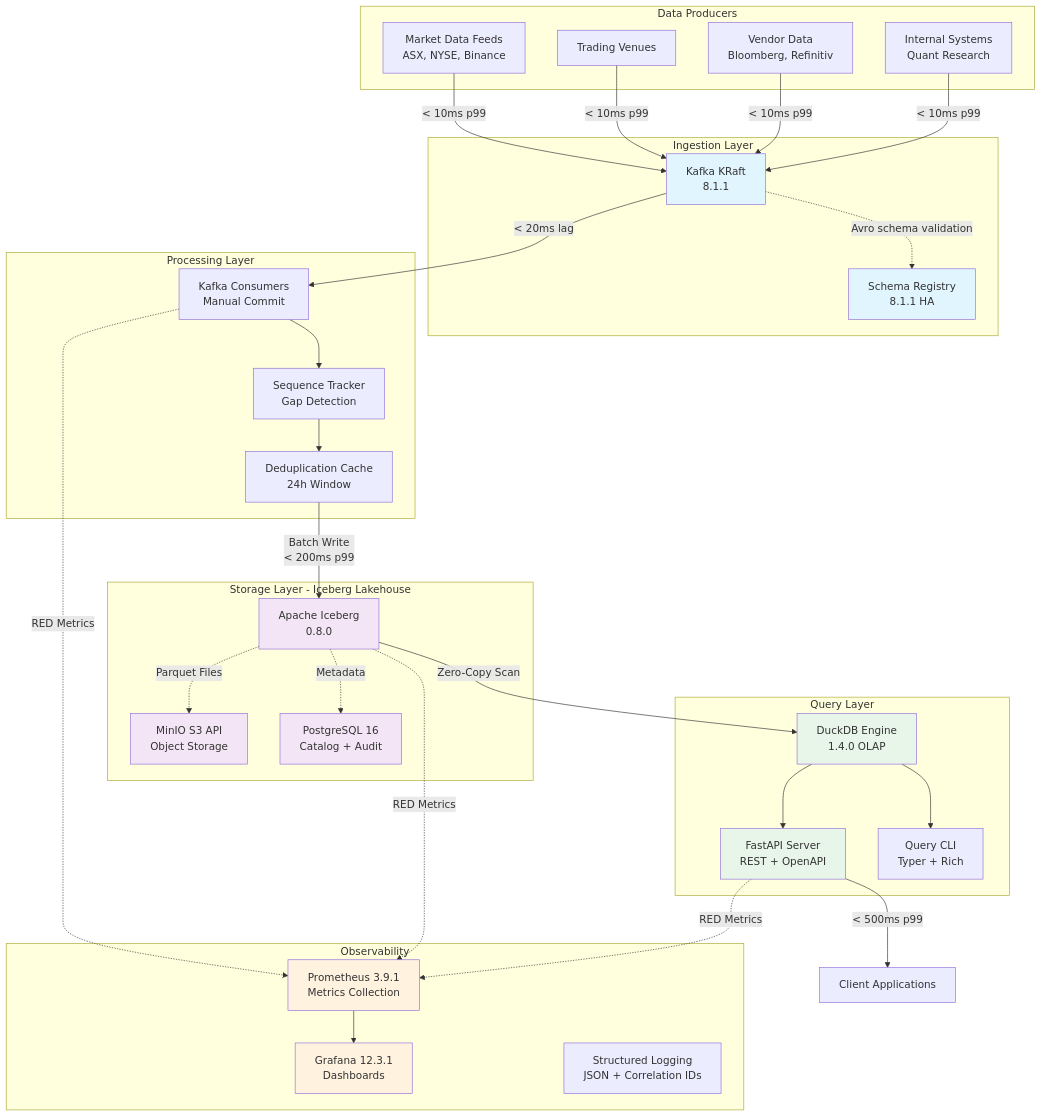
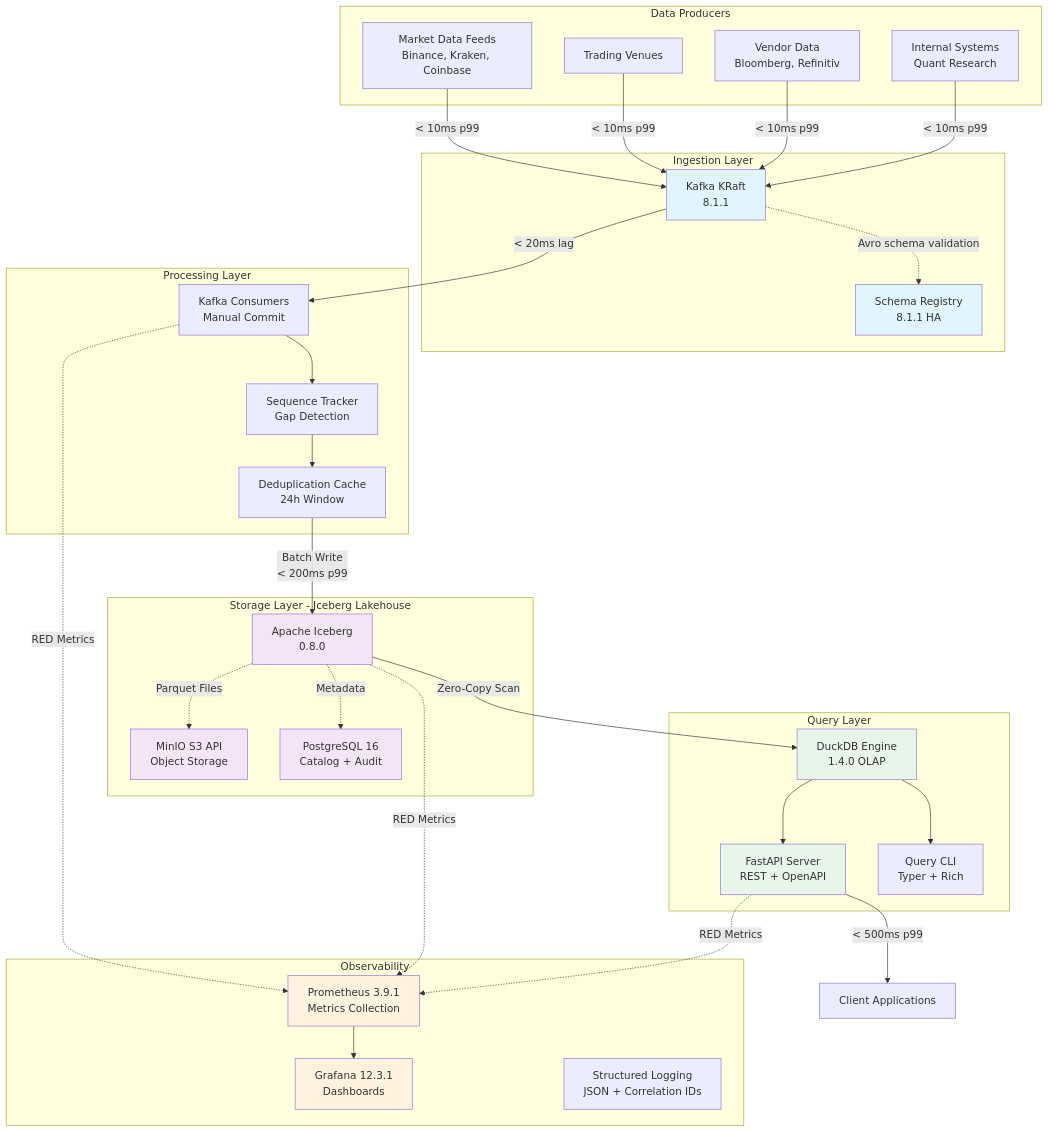
Before and after one commit to rjdscott/k2-market-data-platform: the first of 8 diagrams in docs/architecture/system-design.md, drawn with Mermaid. The commit also changed other lines of this file and 258 other files, not shown here.

````diff
--- a/docs/architecture/system-design.md
+++ b/docs/architecture/system-design.md
@@ -24,68 +24,68 @@
 ```mermaid
 graph TB
     subgraph "Data Producers"
-        A1[Market Data Feeds<br/>ASX, NYSE, Binance]
+        A1[Market Data Feeds<br/>Binance, Kraken, Coinbase]
         A2[Trading Venues]
         A3[Vendor Data<br/>Bloomberg, Refinitiv]
         A4[Internal Systems<br/>Quant Research]
     end
 
     subgraph "Ingestion Layer"
         B1[Kafka KRaft<br/>8.1.1]
         B2[Schema Registry<br/>8.1.1 HA]
 
         B1 -.->|Avro schema validation| B2
     end
 
     subgraph "Processing Layer"
         C1[Kafka Consumers<br/>Manual Commit]
         C2[Sequence Tracker<br/>Gap Detection]
         C3[Deduplication Cache<br/>24h Window]
 
         C1 --> C2
         C2 --> C3
     end
 
     subgraph "Storage Layer - Iceberg Lakehouse"
         D1[Apache Iceberg<br/>0.8.0]
         D2[MinIO S3 API<br/>Object Storage]
         D3[PostgreSQL 16<br/>Catalog + Audit]
 
         D1 -.->|Metadata| D3
         D1 -.->|Parquet Files| D2
     end
 
     subgraph "Query Layer"
         E1[DuckDB Engine<br/>1.4.0 OLAP]
         E2[FastAPI Server<br/>REST + OpenAPI]
         E3[Query CLI<br/>Typer + Rich]
 
         E1 --> E2
         E1 --> E3
     end
 
     subgraph "Observability"
         F1[Prometheus 3.9.1<br/>Metrics Collection]
         F2[Grafana 12.3.1<br/>Dashboards]
         F3[Structured Logging<br/>JSON + Correlation IDs]
     end
 
     A1 & A2 & A3 & A4 -->|< 10ms p99| B1
     B1 -->|< 20ms lag| C1
     C3 -->|Batch Write<br/>< 200ms p99| D1
     D1 -->|Zero-Copy Scan| E1
     E2 -->|< 500ms p99| Client[Client Applications]
 
     C1 & D1 & E2 -.->|RED Metrics| F1
     F1 --> F2
 
     style B1 fill:#e1f5fe
     style B2 fill:#e1f5fe
     style D1 fill:#f3e5f5
     style D2 fill:#f3e5f5
     style D3 fill:#f3e5f5
     style E1 fill:#e8f5e9
     style E2 fill:#e8f5e9
     style F1 fill:#fff3e0
     style F2 fill:#fff3e0
 ```
````
